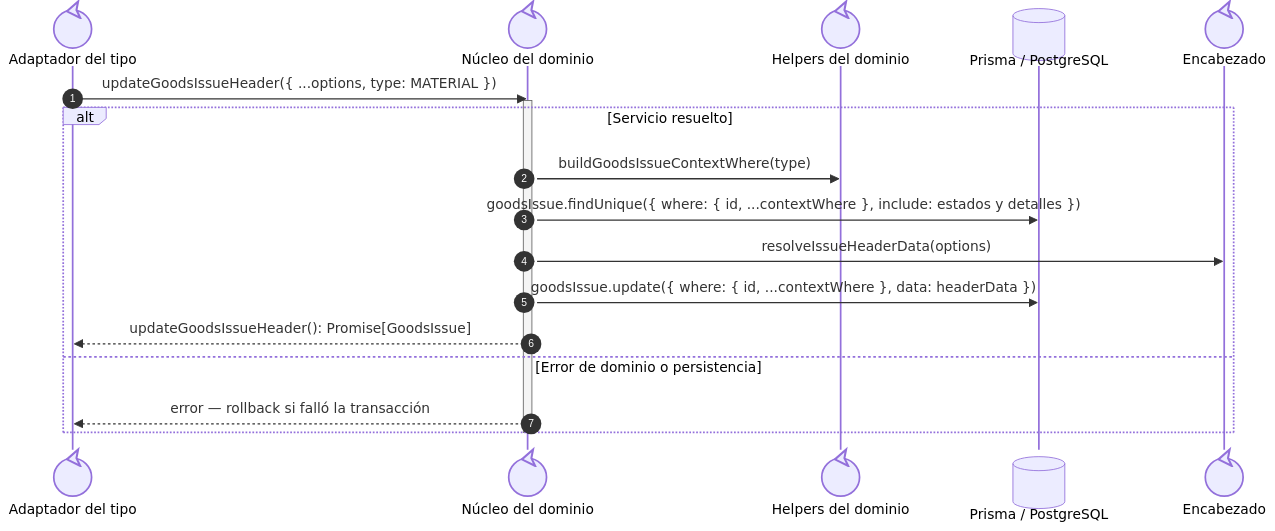
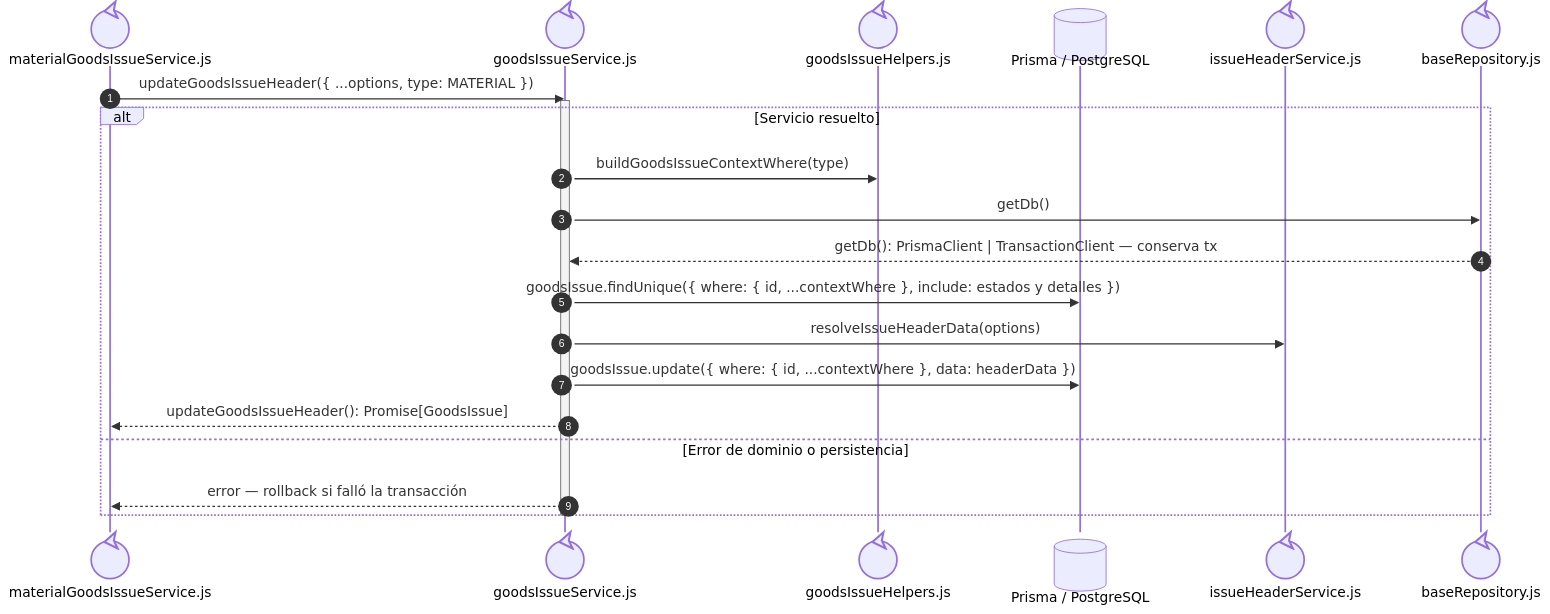
Before and after one commit to gpgsistemas01/nexus: the fourth of 4 diagrams in docs/architecture/views/processes/backend-code-sequences/issues/cu-sal-03.md, drawn with Mermaid. The commit also changed other lines of this file and 192 other files, not shown here.

Commit message:
docs: make sequence file ownership explicit and align code flows

````diff
--- a/docs/architecture/views/processes/backend-code-sequences/issues/cu-sal-03.md
+++ b/docs/architecture/views/processes/backend-code-sequences/issues/cu-sal-03.md
@@ -97,22 +158,26 @@
 ```mermaid
 sequenceDiagram
     autonumber
-    participant Facade@{ "type": "control" } as Adaptador del tipo
-    participant Core@{ "type": "control" } as Núcleo del dominio
-    participant Helpers@{ "type": "control" } as Helpers del dominio
+    participant Facade@{ "type": "control" } as materialGoodsIssueService.js
+    participant Core@{ "type": "control" } as goodsIssueService.js
+    participant Helpers@{ "type": "control" } as goodsIssueHelpers.js
     participant Prisma@{ "type": "database" } as Prisma / PostgreSQL
-    participant Header@{ "type": "control" } as Encabezado
+    participant Header@{ "type": "control" } as issueHeaderService.js
+
+    participant FileBaseRepository@{ "type": "control" } as baseRepository.js
 
     Facade->>Core: updateGoodsIssueHeader({ ...options, type: MATERIAL })
     activate Core
     alt Servicio resuelto
         Core->>Helpers: buildGoodsIssueContextWhere(type)
+        Core->>FileBaseRepository: getDb()
+        FileBaseRepository-->>Core: getDb(): PrismaClient | TransactionClient — conserva tx
         Core->>Prisma: goodsIssue.findUnique({ where: { id, ...contextWhere }, include: estados y detalles })
         Core->>Header: resolveIssueHeaderData(options)
         Core->>Prisma: goodsIssue.update({ where: { id, ...contextWhere }, data: headerData })
         Core-->>Facade: updateGoodsIssueHeader(): Promise[GoodsIssue]
     else Error de dominio o persistencia
         Core-->>Facade: error — rollback si falló la transacción
     end
     deactivate Core
 ```
````
